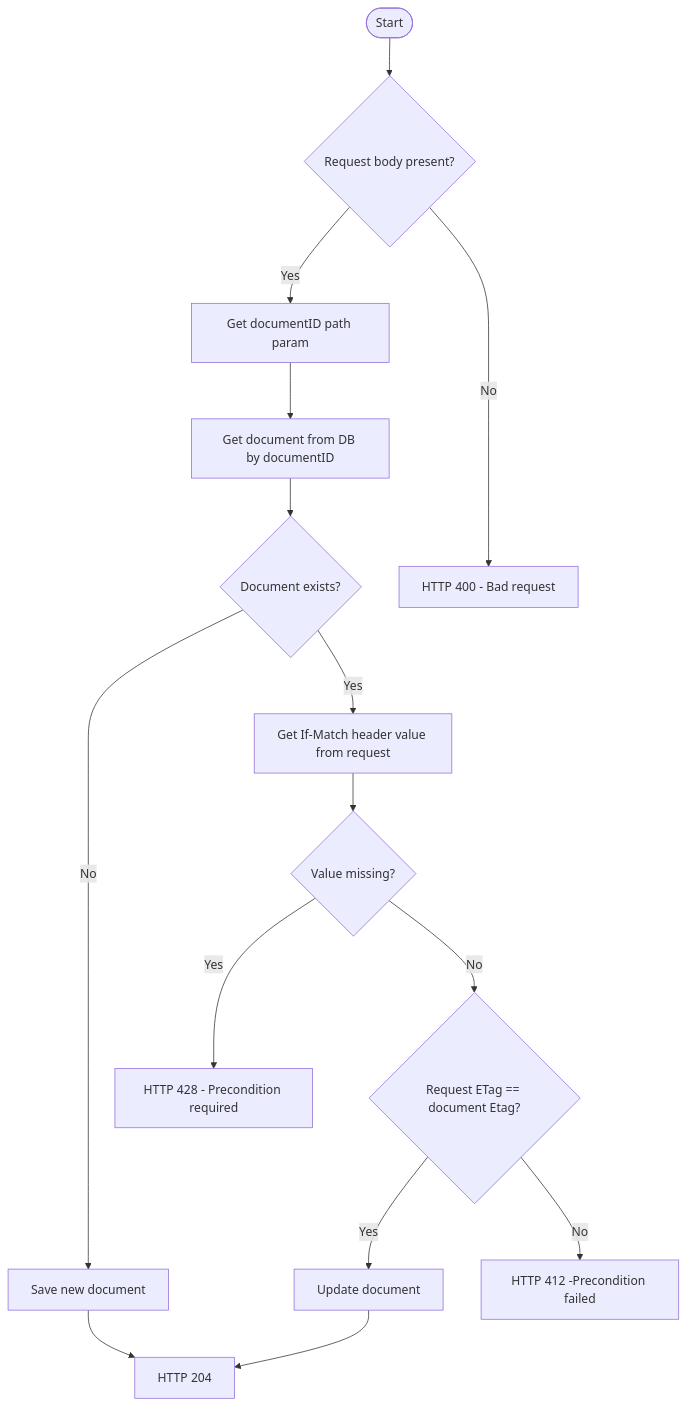
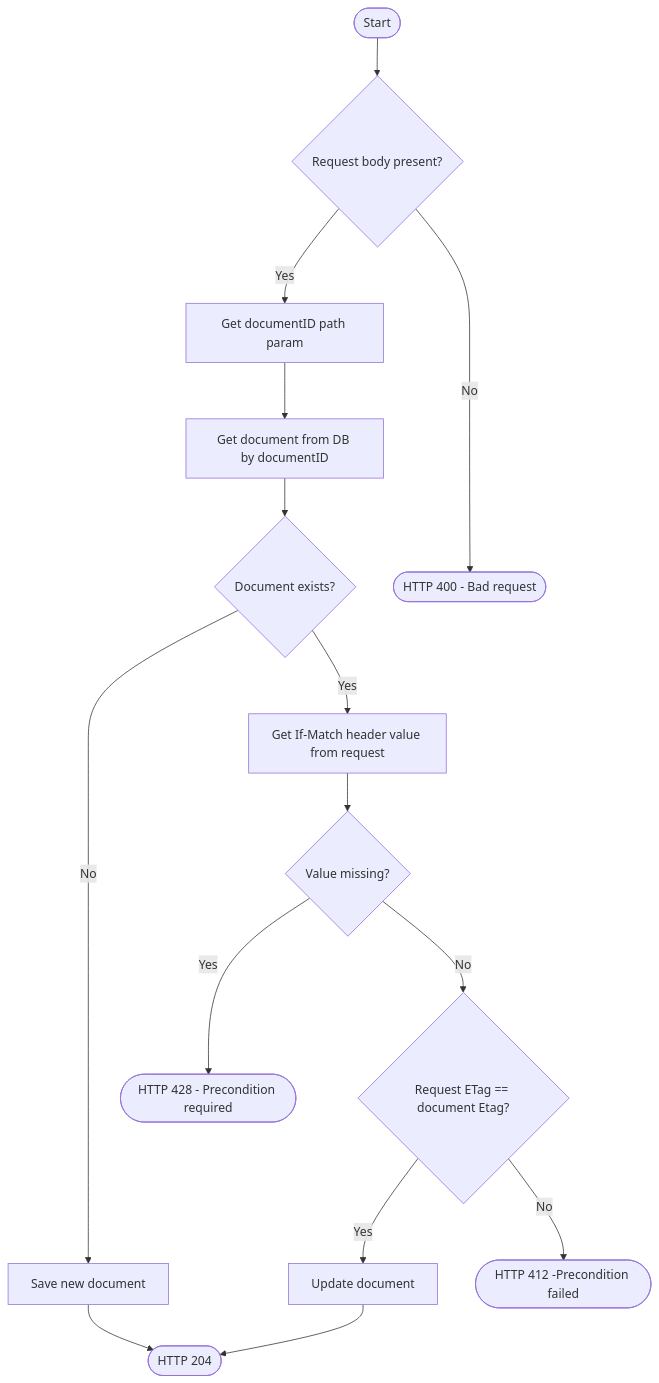
One commit to gran-software-solutions/blog changed the first of 2 diagrams in blog/2023-03-21-concurrency-in-rest-apis/index.mdx. Above: the diagram before and after it, drawn with Mermaid. The commit also changed other lines of this file, not shown here.

Commit message:
Concurrent APIs - formatting

````diff
--- a/blog/2023-03-21-concurrency-in-rest-apis/index.mdx
+++ b/blog/2023-03-21-concurrency-in-rest-apis/index.mdx
@@ -88,17 +88,17 @@
 ```mermaid
 flowchart TD
     A([Start]) --> B{Request body present?}
     B -- Yes --> C[Get documentID path param]
     C --> D[Get document from DB by documentID]
     D --> E{Document exists?}
     E -- No --> F[Save new document]
-    F --> G[HTTP 204]
+    F --> G([HTTP 204])
     E -- Yes --> H[Get If-Match header value from request]
     H --> I{Value missing?}
-    I -- Yes --> J[HTTP 428 - Precondition required]
+    I -- Yes --> J([HTTP 428 - Precondition required])
     I -- No --> K{Request ETag == document Etag?}
     K -- Yes --> L[Update document]
     L --> G
-    K -- No -->  N[HTTP 412 -Precondition failed]
-    B -- No ----> O[HTTP 400 - Bad request]
+    K -- No -->  N([HTTP 412 -Precondition failed])
+    B -- No ----> O([HTTP 400 - Bad request])
 ```
````
